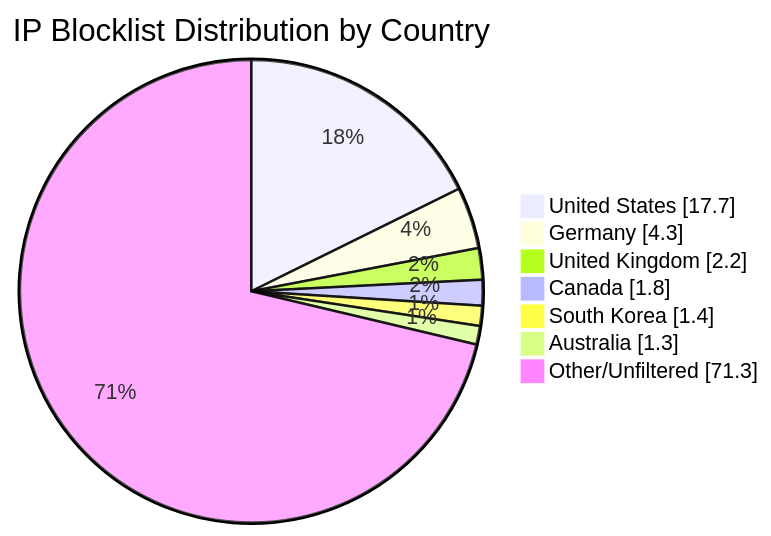
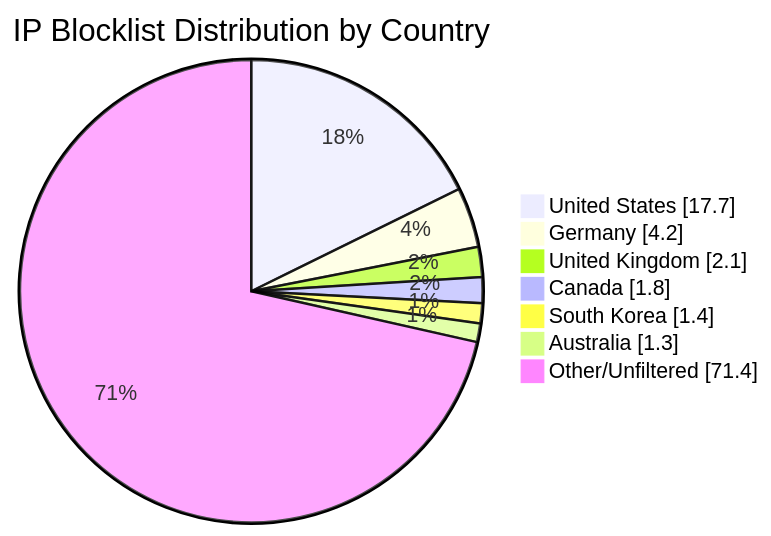
One commit to MarcusHoltz/ipblocklist-geofiltered-aggregator changed the diagram in README.md. Above: the diagram before and after it, drawn with Mermaid. The commit also changed other lines of this file and 9 other files, not shown here.

````diff
--- a/README.md
+++ b/README.md
@@ -34,10 +34,10 @@
 ```mermaid
 pie showData title IP Blocklist Distribution by Country
 "United States" : 17.7
-"Germany" : 4.3
-"United Kingdom" : 2.2
+"Germany" : 4.2
+"United Kingdom" : 2.1
 "Canada" : 1.8
 "South Korea" : 1.4
 "Australia" : 1.3
-"Other/Unfiltered" : 71.3
+"Other/Unfiltered" : 71.4
 ```
````
